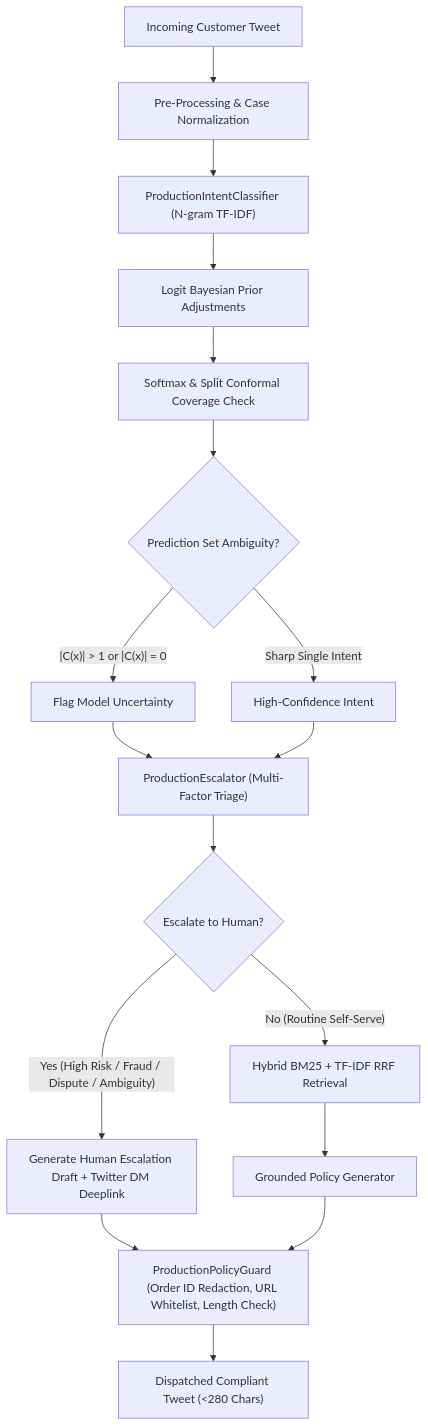
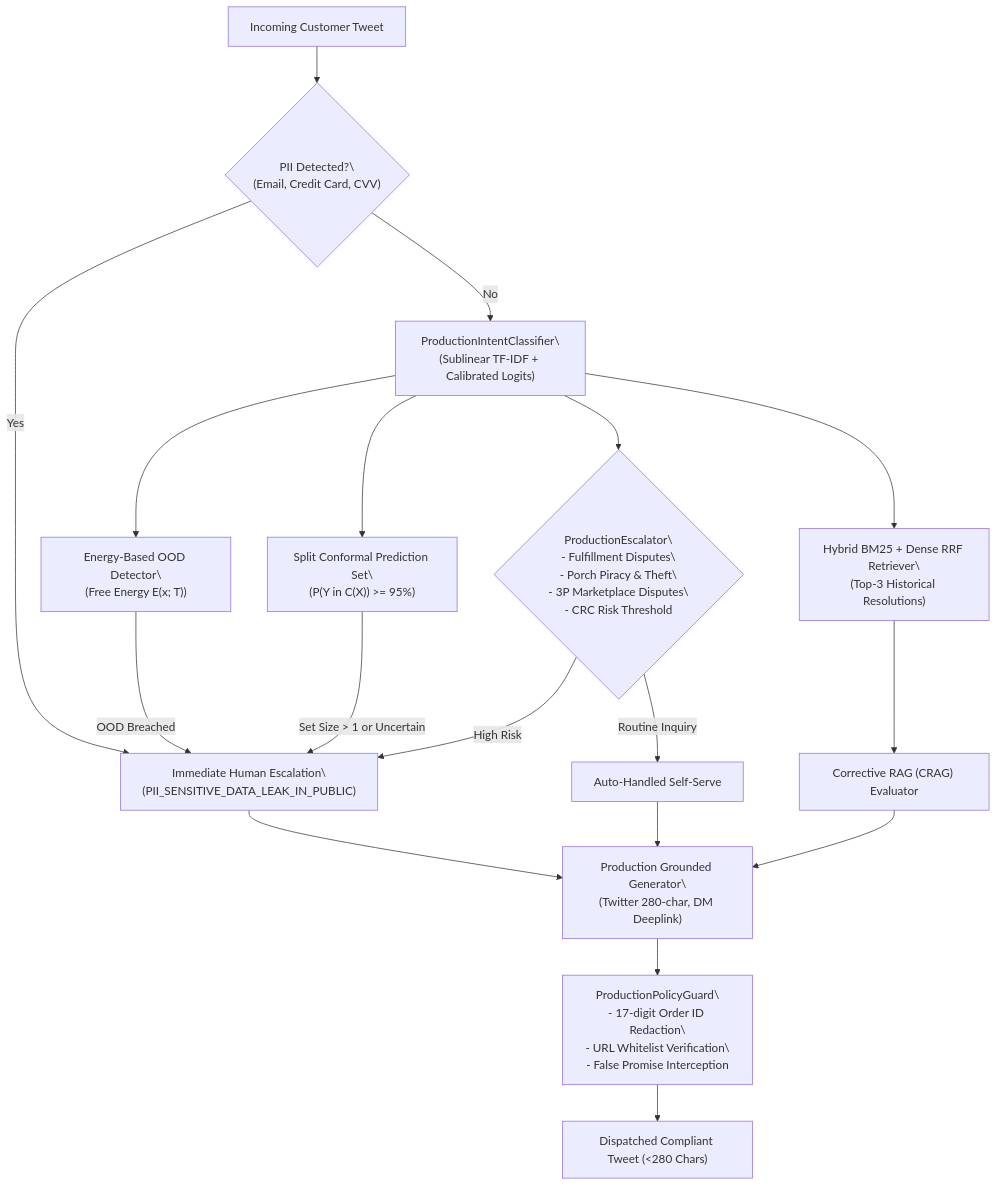
The diagram in REPORT.md (Vedant817/amazonhelp-support-triage), drawn with Mermaid before and after one commit. The commit also changed other lines of this file and 1 other file, not shown here.

Commit message:
docs: update comprehensive engineering report and README with REST API and CRC guarantees

````diff
--- a/REPORT.md
+++ b/REPORT.md
@@ -157,23 +86,26 @@
 ```mermaid
-graph TD
-    A["Incoming Customer Tweet"] --> B["Pre-Processing & Case Normalization"]
-    B --> C["ProductionIntentClassifier (N-gram TF-IDF)"]
-    C --> D["Logit Bayesian Prior Adjustments"]
-    D --> E["Softmax & Split Conformal Coverage Check"]
+flowchart TD
+    A["Incoming Customer Tweet"] --> B{"PII Detected?\\n(Email, Credit Card, CVV)"}
+    B -- "Yes" --> C["Immediate Human Escalation\\n(PII_SENSITIVE_DATA_LEAK_IN_PUBLIC)"]
     
-    E --> F{"Prediction Set Ambiguity?"}
-    F -- "|C(x)| > 1 or |C(x)| = 0" --> G["Flag Model Uncertainty"]
-    F -- "Sharp Single Intent" --> H["High-Confidence Intent"]
+    B -- "No" --> D["ProductionIntentClassifier\\n(Sublinear TF-IDF + Calibrated Logits)"]
+    D --> E["Split Conformal Prediction Set\\n(P(Y in C(X)) >= 95%)"]
+    D --> F["Energy-Based OOD Detector\\n(Free Energy E(x; T))"]
     
-    G --> I["ProductionEscalator (Multi-Factor Triage)"]
-    H --> I
+    D --> G{"ProductionEscalator\\n- Fulfillment Disputes\\n- Porch Piracy & Theft\\n- 3P Marketplace Disputes\\n- CRC Risk Threshold"}
     
-    I --> J{"Escalate to Human?"}
-    J -- "Yes (High Risk / Fraud / Dispute / Ambiguity)" --> K["Generate Human Escalation Draft + Twitter DM Deeplink"]
-    J -- "No (Routine Self-Serve)" --> L["Hybrid BM25 + TF-IDF RRF Retrieval"]
-    L --> M["Grounded Policy Generator"]
+    F -- "OOD Breached" --> C
+    E -- "Set Size > 1 or Uncertain" --> C
+    G -- "High Risk" --> C
+    G -- "Routine Inquiry" --> H["Auto-Handled Self-Serve"]
     
-    K --> N["ProductionPolicyGuard (Order ID Redaction, URL Whitelist, Length Check)"]
-    M --> N
-    N --> O["Dispatched Compliant Tweet (<280 Chars)"]
+    D --> I["Hybrid BM25 + Dense RRF Retriever\\n(Top-3 Historical Resolutions)"]
+    I --> J["Corrective RAG (CRAG) Evaluator"]
+    
+    C --> K["Production Grounded Generator\\n(Twitter 280-char, DM Deeplink)"]
+    H --> K
+    J --> K
+    
+    K --> L["ProductionPolicyGuard\\n- 17-digit Order ID Redaction\\n- URL Whitelist Verification\\n- False Promise Interception"]
+    L --> M["Dispatched Compliant Tweet (<280 Chars)"]
 ```
````
